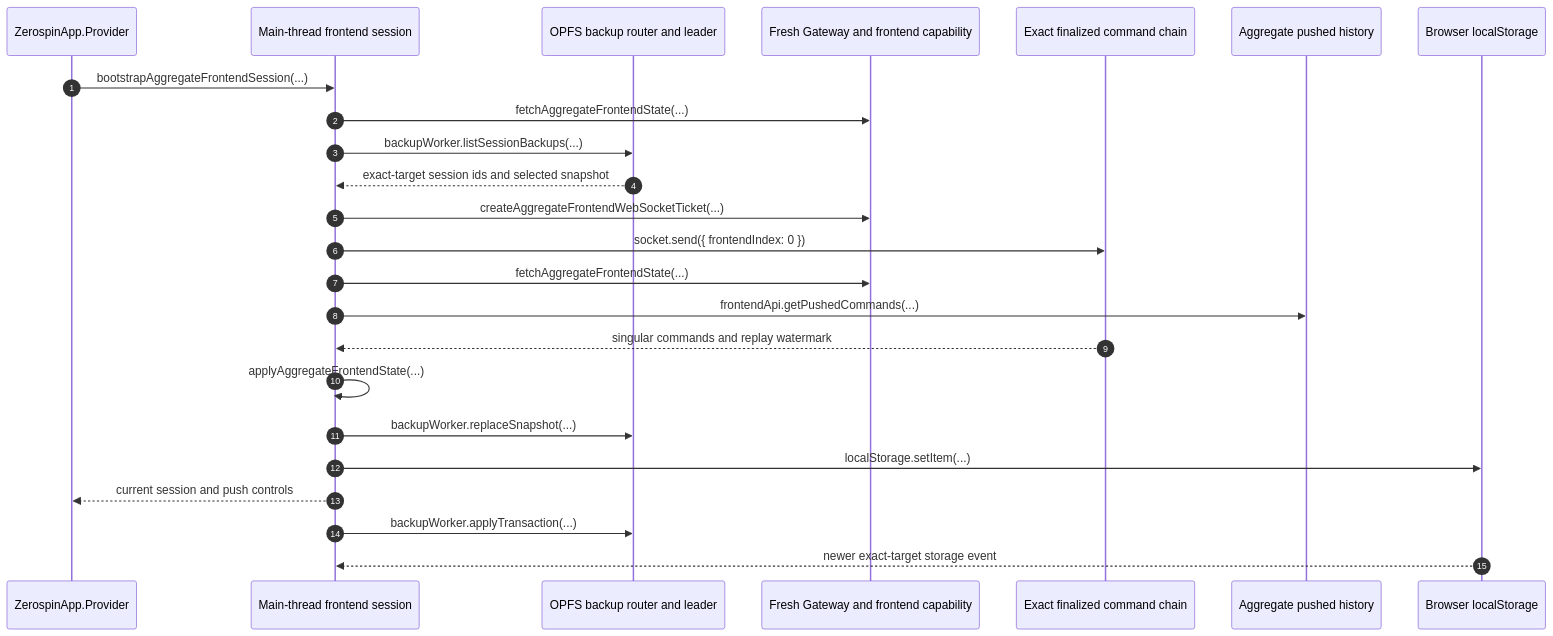
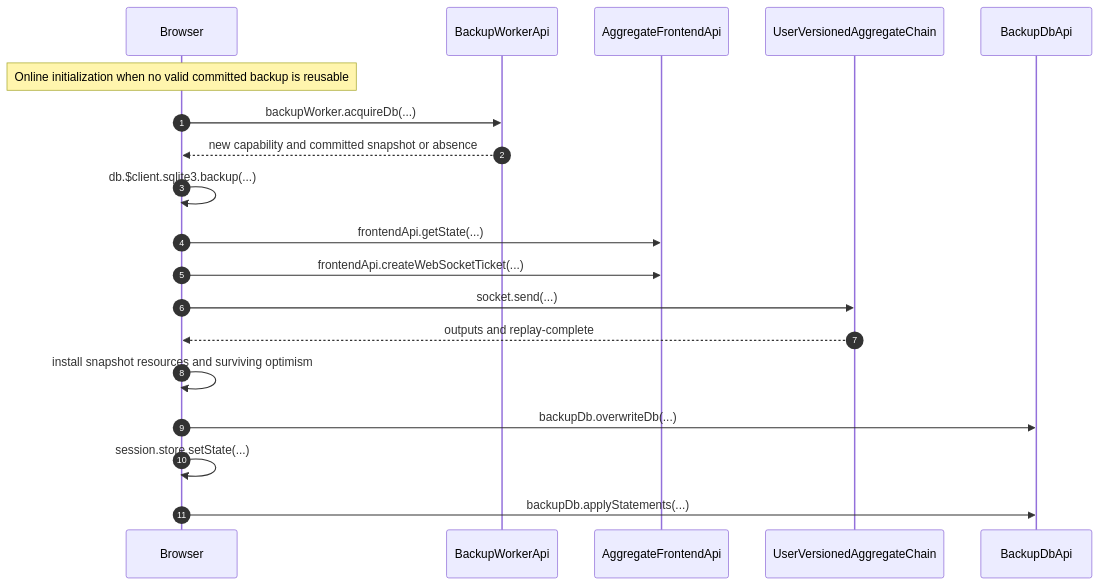
One commit to morgs32/qrk.sh changed the diagram in wiki/architecture/browser/bootstrapBrowserSession.md. Above: the diagram before and after it, drawn with Mermaid. The commit also changed other lines of this file and 1046 other files, not shown here.

````diff
--- a/wiki/architecture/browser/bootstrapBrowserSession.md
+++ b/wiki/architecture/browser/bootstrapBrowserSession.md
@@ -35,41 +37,31 @@
 ```mermaid
 sequenceDiagram
-  participant React as ZerospinApp.Provider
-  participant Session as Main-thread frontend session
-  participant Backup as OPFS backup router and leader
-  participant Api as Fresh Gateway and frontend capability
-  participant Finalized as Exact finalized command chain
-  participant Pushed as Aggregate pushed history
-  participant Locator as Browser localStorage
-
+  participant Browser
+  participant BackupWorkerApi
+  participant AggregateFrontendApi
+  participant UserVersionedAggregateChain
+  participant BackupDbApi
+  Note over Browser: Online initialization when no valid committed backup is reusable
   autonumber 1
-  React->>Session: bootstrapAggregateFrontendSession(...)
+  Browser->>BackupWorkerApi: backupWorker.acquireDb(...)
   autonumber 2
-  Session->>Api: fetchAggregateFrontendState(...)
+  BackupWorkerApi-->>Browser: new capability and committed snapshot or absence
   autonumber 3
-  Session->>Backup: backupWorker.listSessionBackups(...)
+  Browser->>Browser: db.$client.sqlite3.backup(...)
   autonumber 4
-  Backup-->>Session: exact-target session ids and selected snapshot
+  Browser->>AggregateFrontendApi: frontendApi.getState(...)
   autonumber 5
-  Session->>Api: createAggregateFrontendWebSocketTicket(...)
+  Browser->>AggregateFrontendApi: frontendApi.createWebSocketTicket(...)
   autonumber 6
-  Session->>Finalized: socket.send({ frontendIndex: 0 })
+  Browser->>UserVersionedAggregateChain: socket.send(...)
   autonumber 7
-  Session->>Api: fetchAggregateFrontendState(...)
+  UserVersionedAggregateChain-->>Browser: outputs and replay-complete
   autonumber 8
-  Session->>Pushed: frontendApi.getPushedCommands(...)
+  Browser->>Browser: install snapshot resources and surviving optimism
   autonumber 9
-  Finalized-->>Session: singular commands and replay watermark
+  Browser->>BackupDbApi: backupDb.overwriteDb(...)
   autonumber 10
-  Session->>Session: applyAggregateFrontendState(...)
+  Browser->>Browser: session.store.setState(...)
   autonumber 11
-  Session->>Backup: backupWorker.replaceSnapshot(...)
-  autonumber 12
-  Session->>Locator: localStorage.setItem(...)
-  autonumber 13
-  Session-->>React: current session and push controls
-  autonumber 14
-  Session->>Backup: backupWorker.applyTransaction(...)
-  autonumber 15
-  Locator-->>Session: newer exact-target storage event
+  Browser->>BackupDbApi: backupDb.applyStatements(...)
 ```
````
